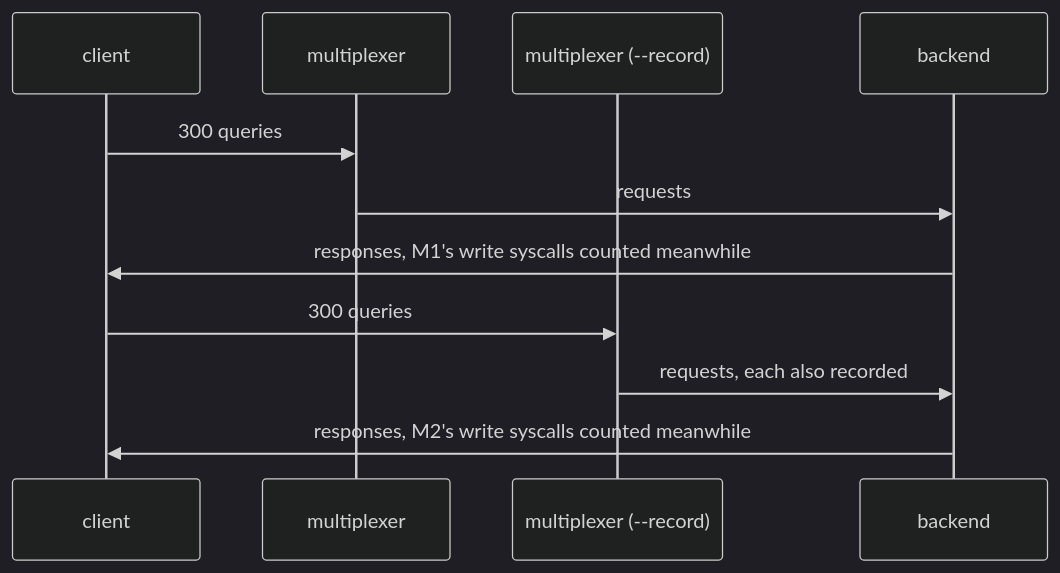
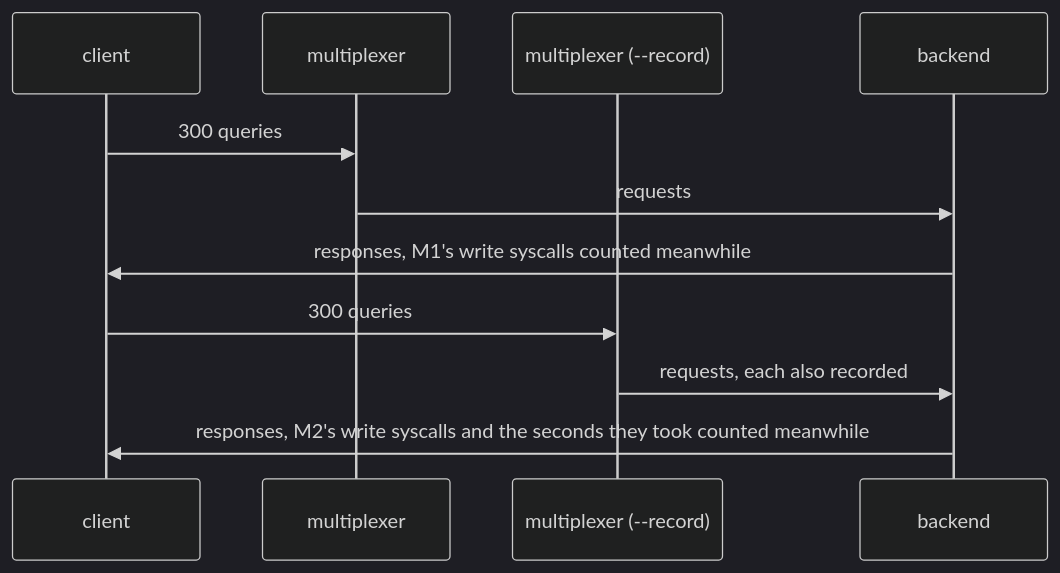
The diagram in tests/scenarios/recording_latency/README.md (kulewski/multiplexer), drawn with Mermaid (dark theme) before and after one commit. The commit also changed other lines of this file and 90 other files, not shown here.

````diff
--- a/tests/scenarios/recording_latency/README.md
+++ b/tests/scenarios/recording_latency/README.md
@@ -17,13 +18,13 @@
 ```mermaid
 sequenceDiagram
     participant C as client
     participant M1 as multiplexer
     participant M2 as multiplexer (--record)
     participant B as backend
     C->>M1: 300 queries
     M1->>B: requests
     B->>C: responses, M1's write syscalls counted meanwhile
     C->>M2: 300 queries
     M2->>B: requests, each also recorded
-    B->>C: responses, M2's write syscalls counted meanwhile
+    B->>C: responses, M2's write syscalls and the seconds they took counted meanwhile
 ```
````
